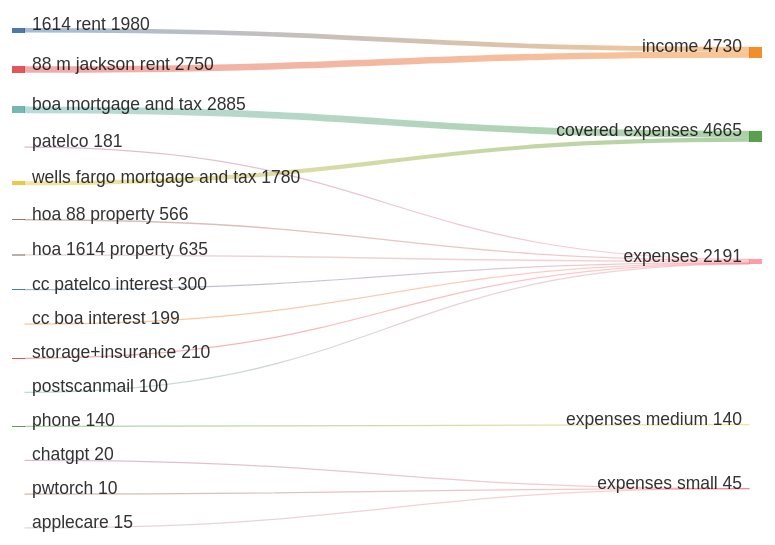
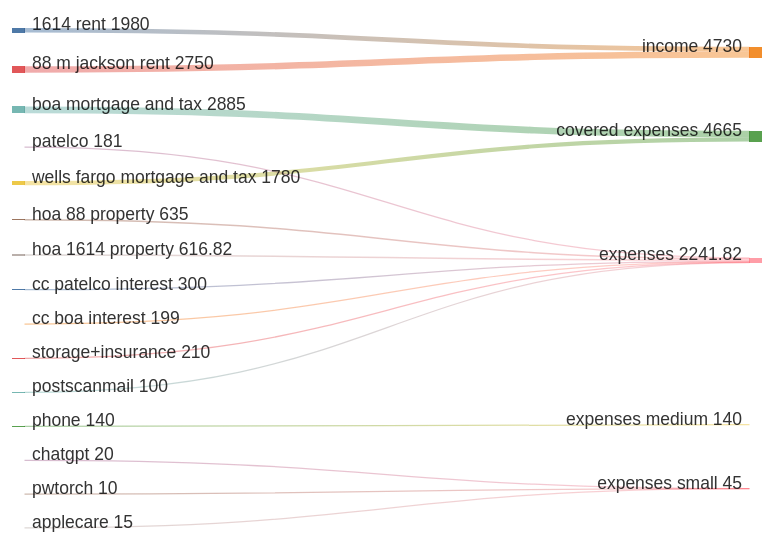
The first of 12 diagrams in README.md (sarnobat/mermaid), drawn with Mermaid before and after one commit.

Commit message:
Modify HOA property expense entries
Updated expense values for HOA properties.

````diff
--- a/README.md
+++ b/README.md
@@ -5,23 +5,23 @@
 ```mermaid
 ---
 config:
   sankey:
     showValues: true
 ---
 sankey-beta
 1614 rent,income,1980
 88 m jackson rent,income,2750
 boa mortgage and tax,covered expenses,2885
 wells fargo mortgage and tax,covered expenses,1780
 patelco,expenses,181
-hoa 88 property,expenses,566
-hoa 1614 property,expenses,635
+hoa 88 property,expenses,635
+hoa 1614 property,expenses,616.82
 cc patelco interest,expenses,300
 cc boa interest,expenses,199
 storage+insurance,expenses,210
 postscanmail,expenses,100
 phone,expenses medium,140
 chatgpt,expenses small,20
 pwtorch,expenses small,10
 applecare,expenses small,15
 ```
````
